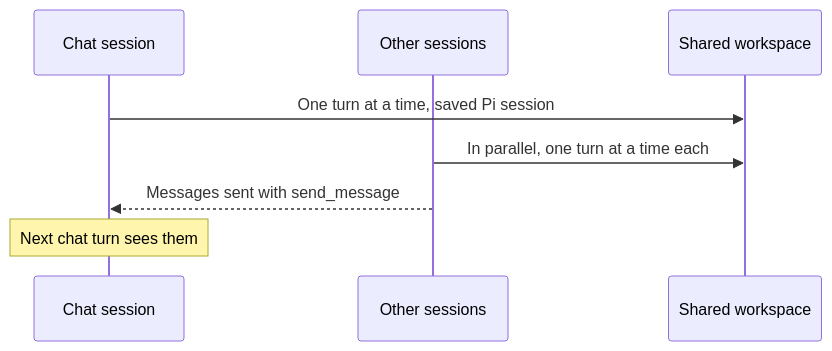
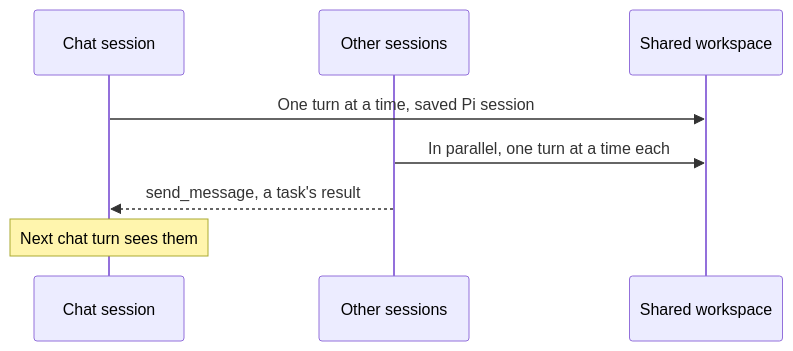
One commit to n8n-io/nod changed the third of 3 diagrams in docs/src/content/docs/how-it-works/threads-and-turns.md. Above: the diagram before and after it, drawn with Mermaid. The commit also changed other lines of this file and 16 other files, not shown here.

````diff
--- a/docs/src/content/docs/how-it-works/threads-and-turns.md
+++ b/docs/src/content/docs/how-it-works/threads-and-turns.md
@@ -185,10 +185,10 @@
 ```mermaid
 sequenceDiagram
   participant C as Chat session
   participant T as Other sessions
   participant W as Shared workspace
   C->>W: One turn at a time, saved Pi session
   T->>W: In parallel, one turn at a time each
-  T-->>C: Messages sent with send_message
+  T-->>C: send_message, a task's result
   Note over C: Next chat turn sees them
 ```
````
